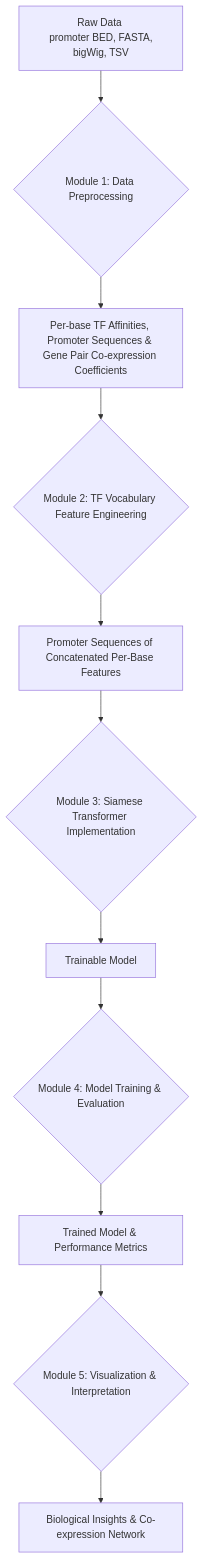
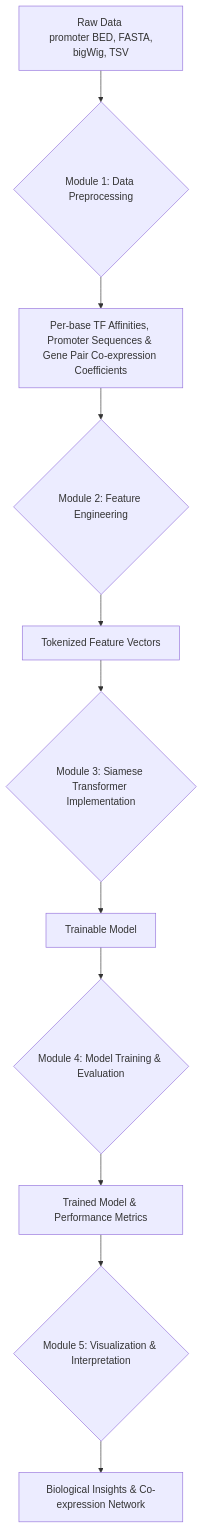
The diagram in docs/implementation_plan_overview.md (zhongwang/ai-dapseq), drawn with Mermaid before and after one commit. The commit also changed other lines of this file and 8 other files, not shown here.

````diff
--- a/docs/implementation_plan_overview.md
+++ b/docs/implementation_plan_overview.md
@@ -17,13 +17,13 @@
 ```mermaid
 graph TD
     A[Raw Data <br/> promoter BED, FASTA, bigWig, TSV] --> B{Module 1: Data Preprocessing};
     B --> C[Per-base TF Affinities, Promoter Sequences & Gene Pair Co-expression Coefficients];
-    C --> D{Module 2: TF Vocabulary Feature Engineering};
-    D --> E[Promoter Sequences of Concatenated Per-Base Features];
+    C --> D{Module 2: Feature Engineering};
+    D --> E[Tokenized Feature Vectors];
     E --> F{Module 3: Siamese Transformer Implementation};
     F --> G[Trainable Model];
     G --> H{Module 4: Model Training & Evaluation};
     H --> I[Trained Model & Performance Metrics];
     I --> J{Module 5: Visualization & Interpretation};
     J --> K[Biological Insights & Co-expression Network];
 ```
````
